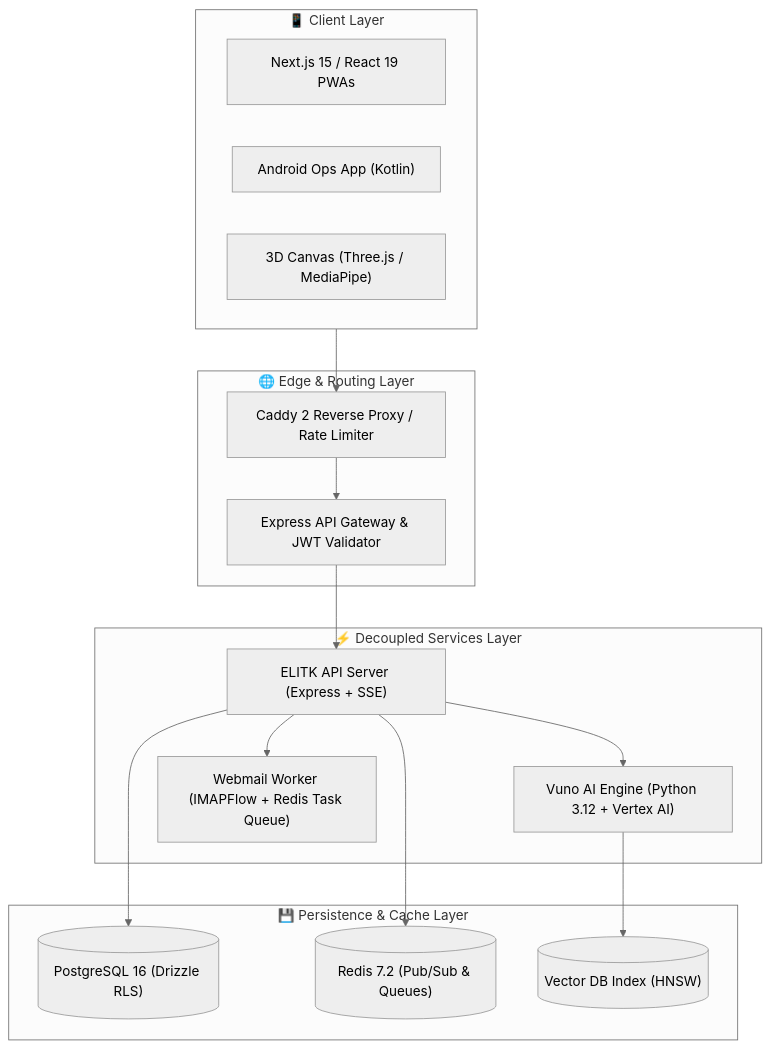
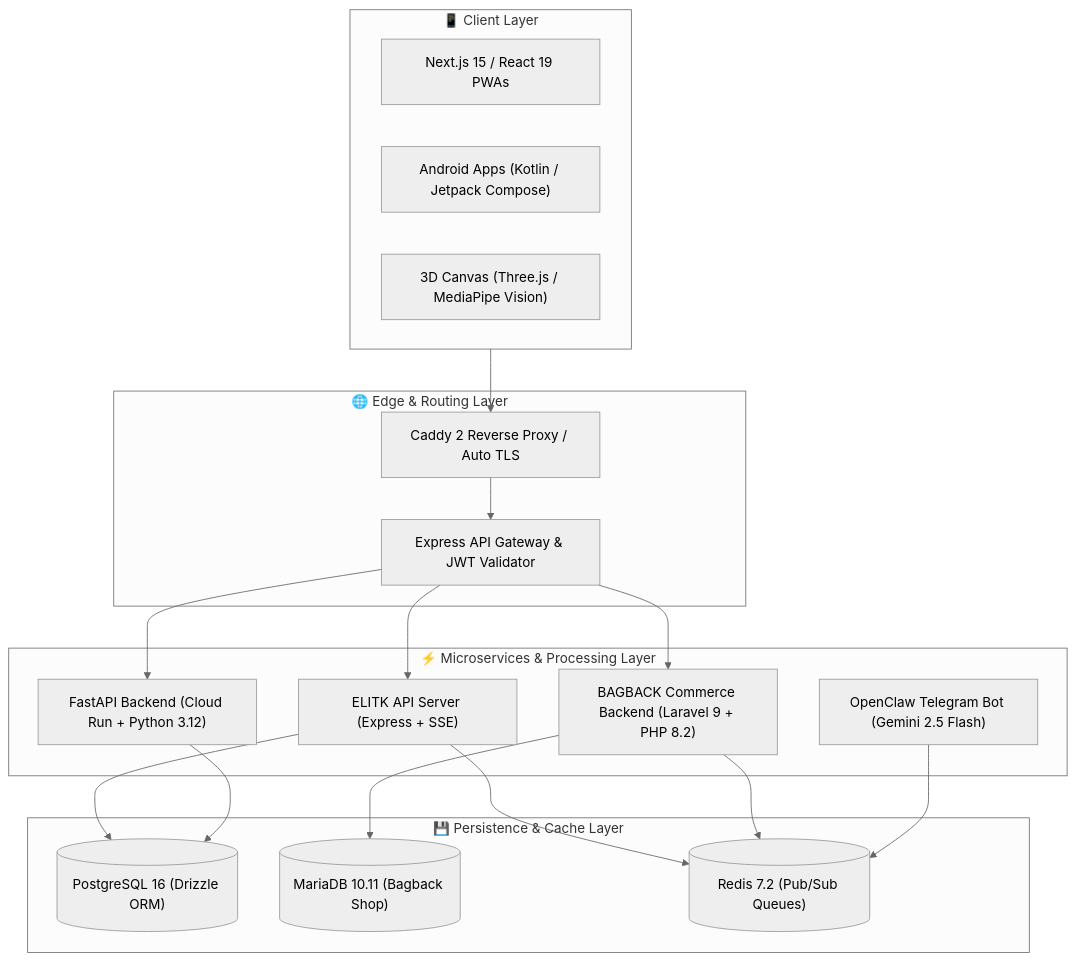
Before and after one commit to mohamedosamaai/mohamedosamaai: the diagram in README.md, drawn with Mermaid (neutral theme). The commit also changed other lines of this file and 2 other files, not shown here.

````diff
--- a/README.md
+++ b/README.md
@@ -178,34 +225,38 @@
 ```mermaid
 graph TB
     subgraph Clients ["📱 Client Layer"]
         PWA["Next.js 15 / React 19 PWAs"]
-        Mobile["Android Ops App (Kotlin)"]
-        WebGL["3D Canvas (Three.js / MediaPipe)"]
+        Mobile["Android Apps (Kotlin / Jetpack Compose)"]
+        WebGL["3D Canvas (Three.js / MediaPipe Vision)"]
     end
 
     subgraph Edge ["🌐 Edge & Routing Layer"]
-        Proxy["Caddy 2 Reverse Proxy / Rate Limiter"]
+        Proxy["Caddy 2 Reverse Proxy / Auto TLS"]
         Gateway["Express API Gateway & JWT Validator"]
     end
 
-    subgraph Microservices ["⚡ Decoupled Services Layer"]
+    subgraph Microservices ["⚡ Microservices & Processing Layer"]
         API["ELITK API Server (Express + SSE)"]
-        AI["Vuno AI Engine (Python 3.12 + Vertex AI)"]
-        Mail["Webmail Worker (IMAPFlow + Redis Task Queue)"]
+        FastAPI["FastAPI Backend (Cloud Run + Python 3.12)"]
+        AI["OpenClaw Telegram Bot (Gemini 2.5 Flash)"]
+        Laravel["BAGBACK Commerce Backend (Laravel 9 + PHP 8.2)"]
     end
 
     subgraph Persistence ["💾 Persistence & Cache Layer"]
-        Postgres[("PostgreSQL 16 (Drizzle RLS)")]
-        Redis[("Redis 7.2 (Pub/Sub & Queues)")]
-        Vectors[("Vector DB Index (HNSW)")]
+        Postgres[("PostgreSQL 16 (Drizzle ORM)")]
+        Maria[("MariaDB 10.11 (Bagback Shop)")]
+        Redis[("Redis 7.2 (Pub/Sub Queues)")]
     end
 
     Clients --> Proxy
     Proxy --> Gateway
     Gateway --> API
-    API --> AI
-    API --> Mail
+    Gateway --> FastAPI
+    Gateway --> Laravel
     API --> Postgres
     API --> Redis
-    AI --> Vectors
+    FastAPI --> Postgres
+    Laravel --> Maria
+    Laravel --> Redis
+    AI --> Redis
 ```
````
